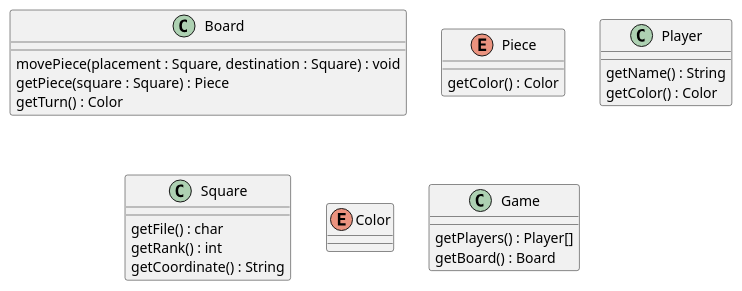
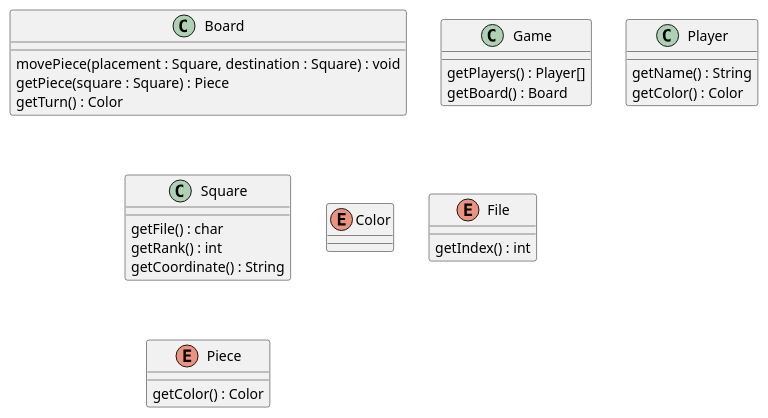
The diagram in uml/analysisModel.puml (Sttanyanz/endgame-notebook), drawn with PlantUML before and after one commit. The commit also changed 1 other file, not shown here.

Commit message:
feat: add enum File

```diff
--- a/uml/analysisModel.puml
+++ b/uml/analysisModel.puml
@@ -1,36 +1,41 @@
 @startuml
 
 class Board
-enum Piece
+class Game
 class Player
 class Square
 enum Color
-class Game
+enum File
+enum Piece
 
 class Square {
     getFile() : char
     getRank() : int
     getCoordinate() : String
 }
 
 class Board {
     movePiece(placement : Square, destination : Square) : void
     getPiece(square : Square) : Piece
     getTurn() : Color
 }
 
 class Player {
     getName() : String
     getColor() : Color
 }
 
 enum Piece {
     getColor() : Color
 }
 
 class Game {
     getPlayers() : Player[]
     getBoard() : Board
 }
 
+enum File {
+    getIndex() : int
+}
+
 @enduml
```
